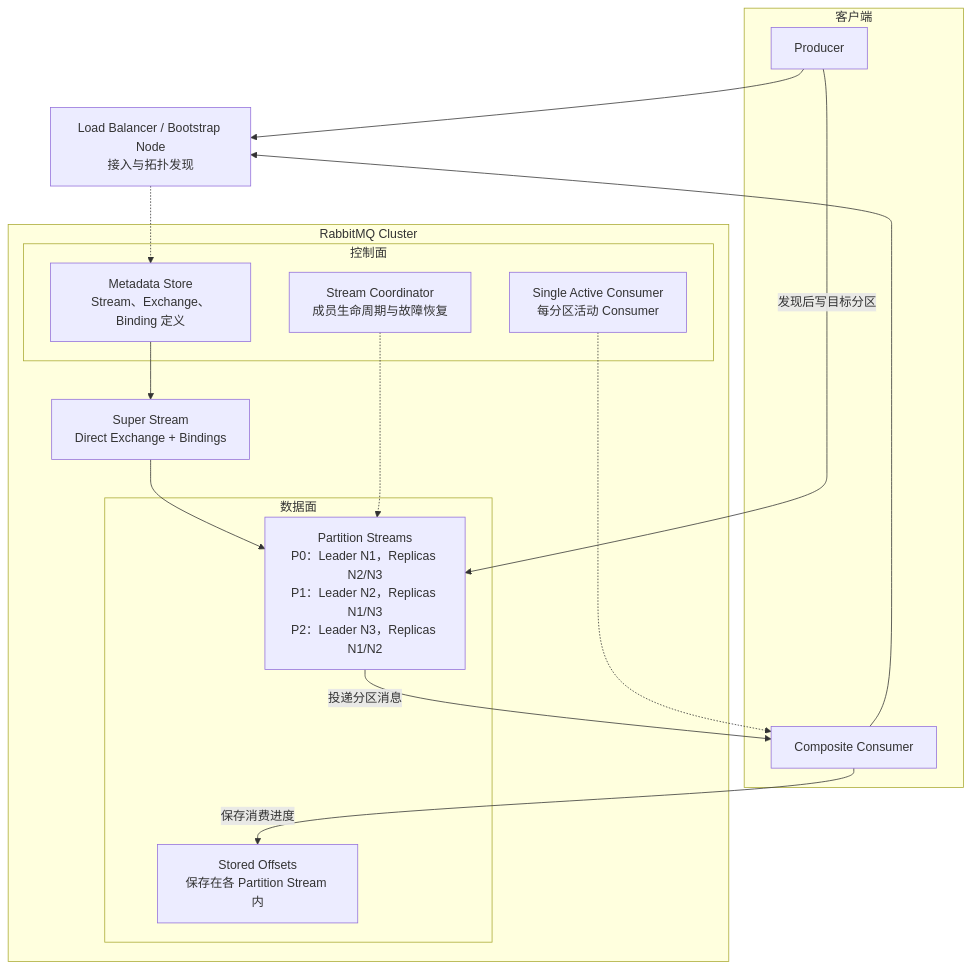
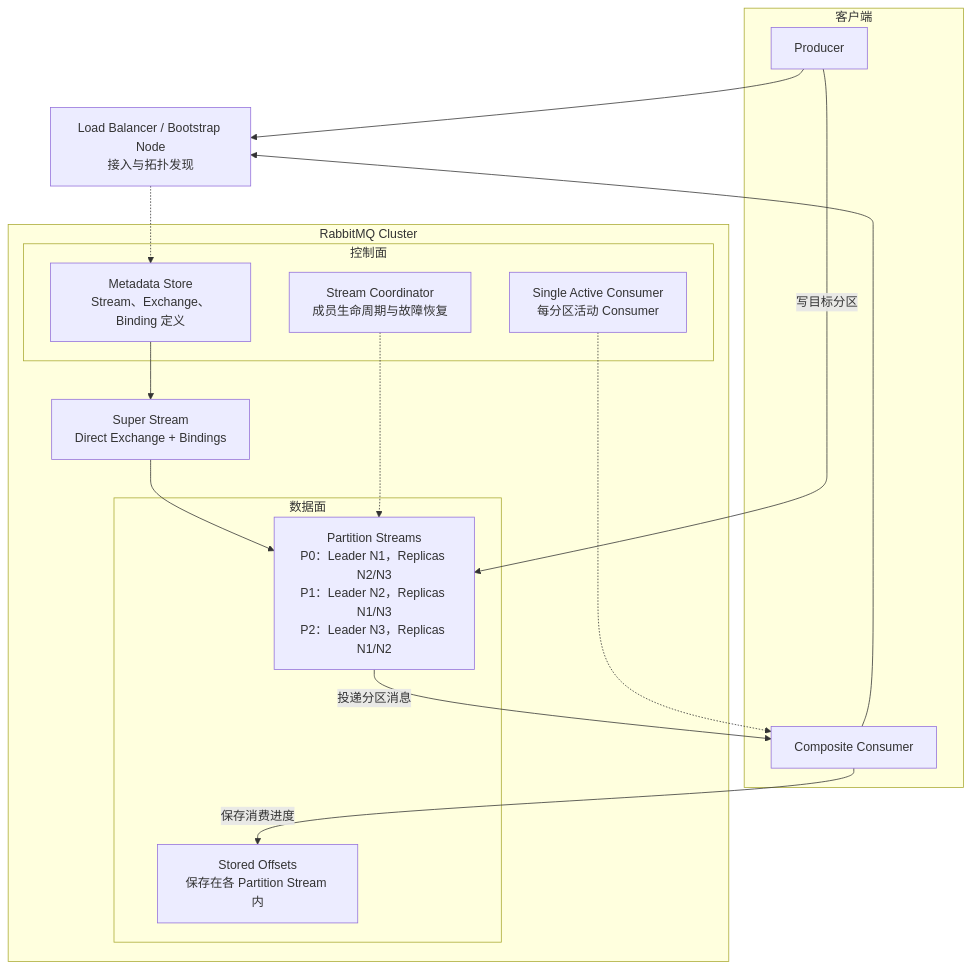
The first of 5 diagrams in posts/microservices/queue/012_rabbitmq_stream.md (hotttao/backup), drawn with Mermaid before and after one commit. The commit also changed other lines of this file and 8 other files, not shown here.

````diff
--- a/posts/microservices/queue/012_rabbitmq_stream.md
+++ b/posts/microservices/queue/012_rabbitmq_stream.md
@@ -74,35 +41,35 @@
 ```mermaid
 flowchart TB
     subgraph Clients[客户端]
         P["Producer"]
         CC["Composite Consumer"]
     end
 
     EP["Load Balancer / Bootstrap Node\n接入与拓扑发现"]
 
     subgraph Cluster[RabbitMQ Cluster]
         subgraph Control[控制面]
             M["Metadata Store\nStream、Exchange、Binding 定义"]
             SC["Stream Coordinator\n成员生命周期与故障恢复"]
             SAC["Single Active Consumer\n每分区活动 Consumer"]
         end
 
         SS["Super Stream\nDirect Exchange + Bindings"]
 
         subgraph Storage[数据面]
             PS["Partition Streams\nP0：Leader N1，Replicas N2/N3\nP1：Leader N2，Replicas N1/N3\nP2：Leader N3，Replicas N1/N2"]
             OS["Stored Offsets\n保存在各 Partition Stream 内"]
         end
     end
 
     P --> EP
     CC --> EP
     EP -.-> M
     M --> SS
     SS --> PS
     SC -.-> PS
     SAC -.-> CC
-    P -->|"发现后写目标分区"| PS
+    P -->|"写目标分区"| PS
     PS -->|"投递分区消息"| CC
     CC -->|"保存消费进度"| OS
 ```
````
